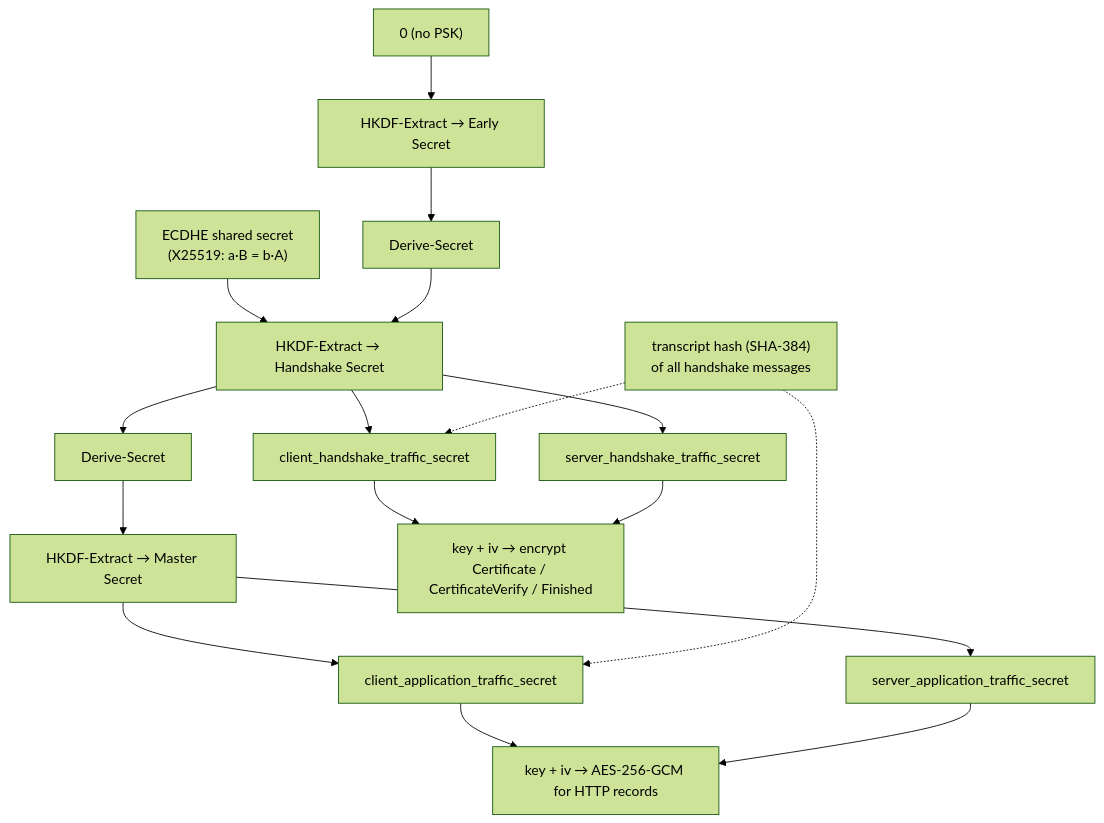
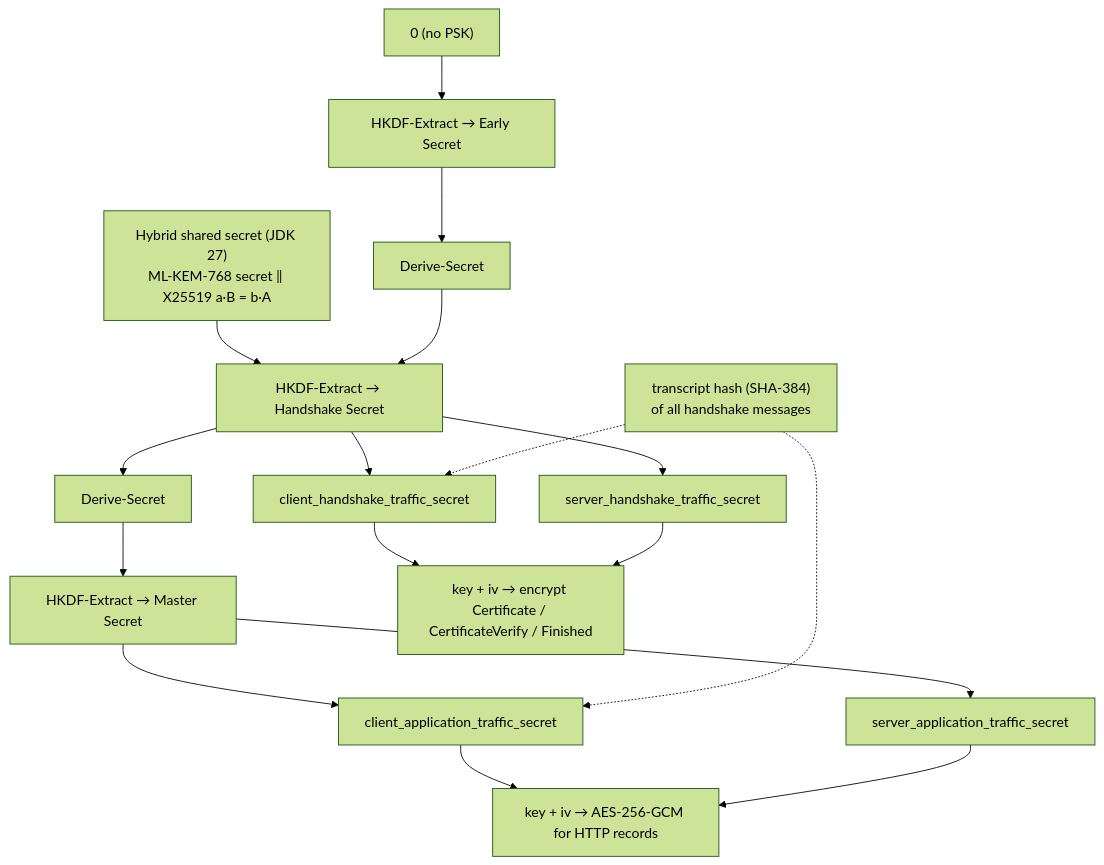
Diagram 20 of 26 in README.md (himnay/learning-mtls), drawn with Mermaid (forest theme) before and after one commit. The commit also changed other lines of this file and 2 other files, not shown here.

First line of the commit message:
docs: Java 27 baseline, JDK 27 handshake results, jdk-27-ga links

````diff
--- a/README.md
+++ b/README.md
@@ -1174,18 +1175,18 @@
 ```mermaid
 flowchart TB
     Z["0 (no PSK)"] --> E["HKDF-Extract → Early Secret"]
     E --> D1["Derive-Secret"]
-    ECDHE["ECDHE shared secret<br/>(X25519: a·B = b·A)"] --> H["HKDF-Extract → Handshake Secret"]
+    ECDHE["Hybrid shared secret (JDK 27)<br/>ML-KEM-768 secret ‖ X25519 a·B = b·A"] --> H["HKDF-Extract → Handshake Secret"]
     D1 --> H
     H --> CHTS["client_handshake_traffic_secret"]
     H --> SHTS["server_handshake_traffic_secret"]
     H --> D2["Derive-Secret"] --> M["HKDF-Extract → Master Secret"]
     M --> CATS["client_application_traffic_secret"]
     M --> SATS["server_application_traffic_secret"]
     CHTS --> KH["key + iv → encrypt Certificate / CertificateVerify / Finished"]
     SHTS --> KH
     CATS --> KA["key + iv → AES-256-GCM for HTTP records"]
     SATS --> KA
     TH["transcript hash (SHA-384)<br/>of all handshake messages"] -.-> CHTS
     TH -.-> CATS
 ```
````
